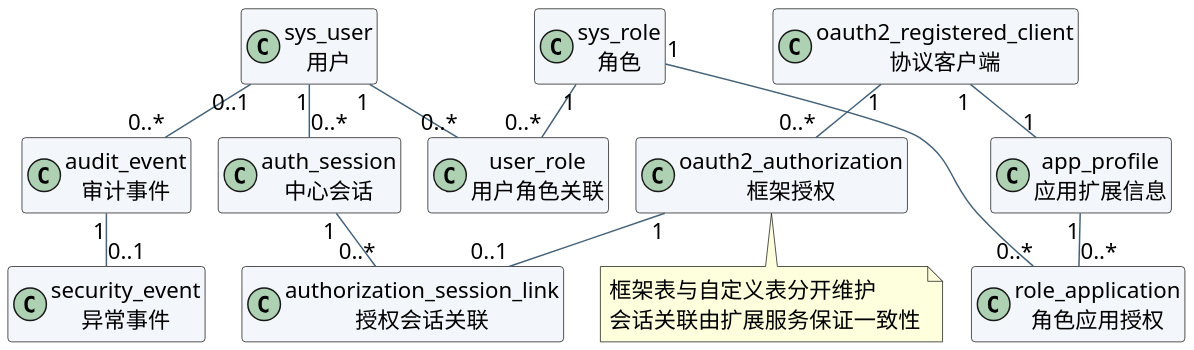
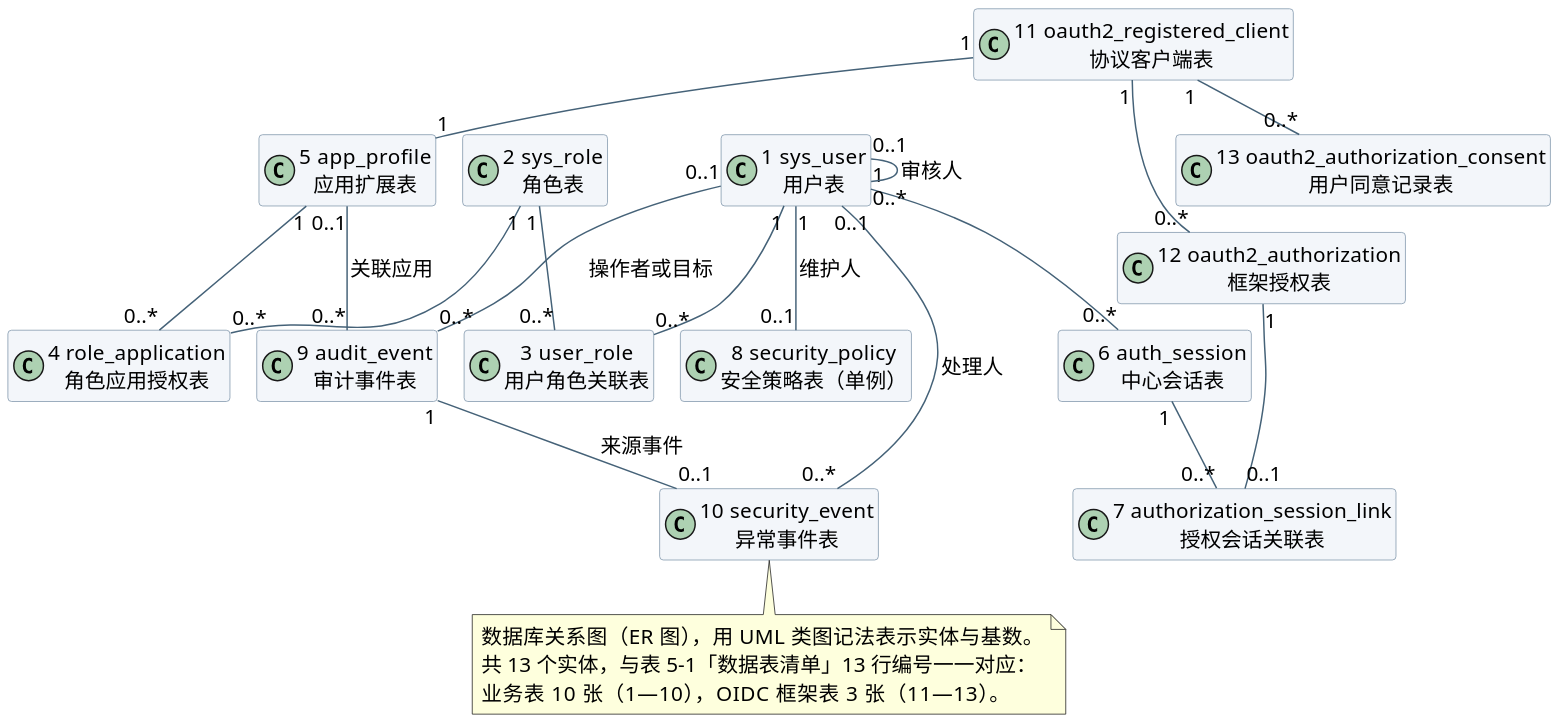
Before and after one commit to adfkj2/-_-: the diagram in 前5周交付成果/UML模型/D04_数据库关系图.puml, drawn with PlantUML. The commit also changed 9 other files, not shown here.

```diff
--- a/前5周交付成果/UML模型/D04_数据库关系图.puml
+++ b/前5周交付成果/UML模型/D04_数据库关系图.puml
@@ -1,40 +1,52 @@
 @startuml
 !pragma layout smetana
 skinparam defaultFontName Microsoft YaHei
-skinparam defaultFontSize 15
+skinparam defaultFontSize 14
 skinparam dpi 180
 skinparam shadowing false
 skinparam backgroundColor white
 skinparam ArrowColor #456278
 skinparam classBackgroundColor #F3F6FA
-skinparam componentBackgroundColor #F3F6FA
-skinparam packageBackgroundColor white
+skinparam classBorderColor #7C93A8
+skinparam nodesep 18
+skinparam ranksep 28
 hide empty members
 top to bottom direction
-class "sys_user\n用户" as U
-class "sys_role\n角色" as R
-class "user_role\n用户角色关联" as UR
-class "role_application\n角色应用授权" as RA
-class "app_profile\n应用扩展信息" as P
-class "oauth2_registered_client\n协议客户端" as C
-class "auth_session\n中心会话" as S
-class "authorization_session_link\n授权会话关联" as L
-class "oauth2_authorization\n框架授权" as A
-class "audit_event\n审计事件" as E
-class "security_event\n异常事件" as X
+
+class "1  sys_user\n用户表" as U
+class "2  sys_role\n角色表" as R
+class "3  user_role\n用户角色关联表" as UR
+class "4  role_application\n角色应用授权表" as RA
+class "5  app_profile\n应用扩展表" as P
+class "6  auth_session\n中心会话表" as S
+class "7  authorization_session_link\n授权会话关联表" as L
+class "8  security_policy\n安全策略表（单例）" as SP
+class "9  audit_event\n审计事件表" as E
+class "10  security_event\n异常事件表" as X
+class "11  oauth2_registered_client\n协议客户端表" as C
+class "12  oauth2_authorization\n框架授权表" as A
+class "13  oauth2_authorization_consent\n用户同意记录表" as N
+
 U "1" -- "0..*" UR
 R "1" -- "0..*" UR
 R "1" -- "0..*" RA
 P "1" -- "0..*" RA
 C "1" -- "1" P
 U "1" -- "0..*" S
 S "1" -- "0..*" L
 A "1" -- "0..1" L
 C "1" -- "0..*" A
-U "0..1" -- "0..*" E
-E "1" -- "0..1" X
-note bottom of A
-框架表与自定义表分开维护
-会话关联由扩展服务保证一致性
+C "1" -- "0..*" N
+U "1" -- "0..1" SP : 维护人
+U "0..1" -- "0..*" E : 操作者或目标
+P "0..1" -- "0..*" E : 关联应用
+E "1" -- "0..1" X : 来源事件
+U "0..1" -- "0..*" X : 处理人
+U "0..1" -- "0..*" U : 审核人
+
+note bottom of X
+数据库关系图（ER 图），用 UML 类图记法表示实体与基数。
+共 13 个实体，与表 5-1「数据表清单」13 行编号一一对应：
+业务表 10 张（1—10），OIDC 框架表 3 张（11—13）。
 end note
 @enduml
```
